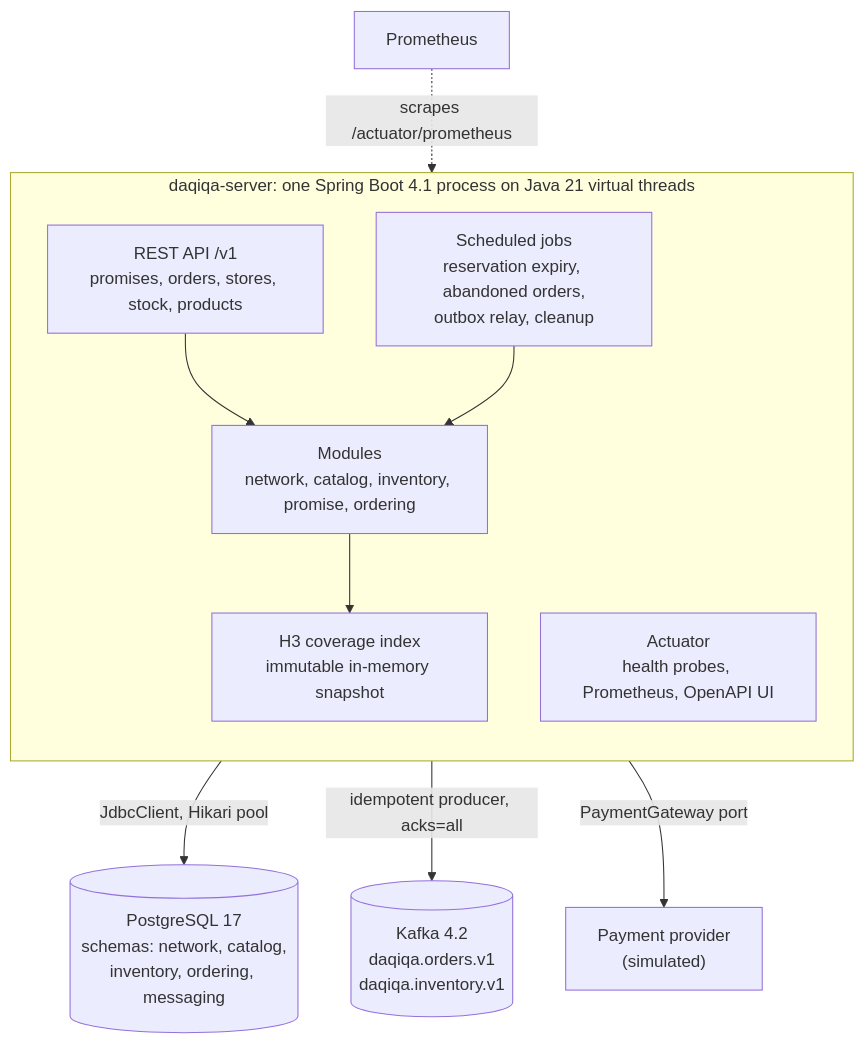
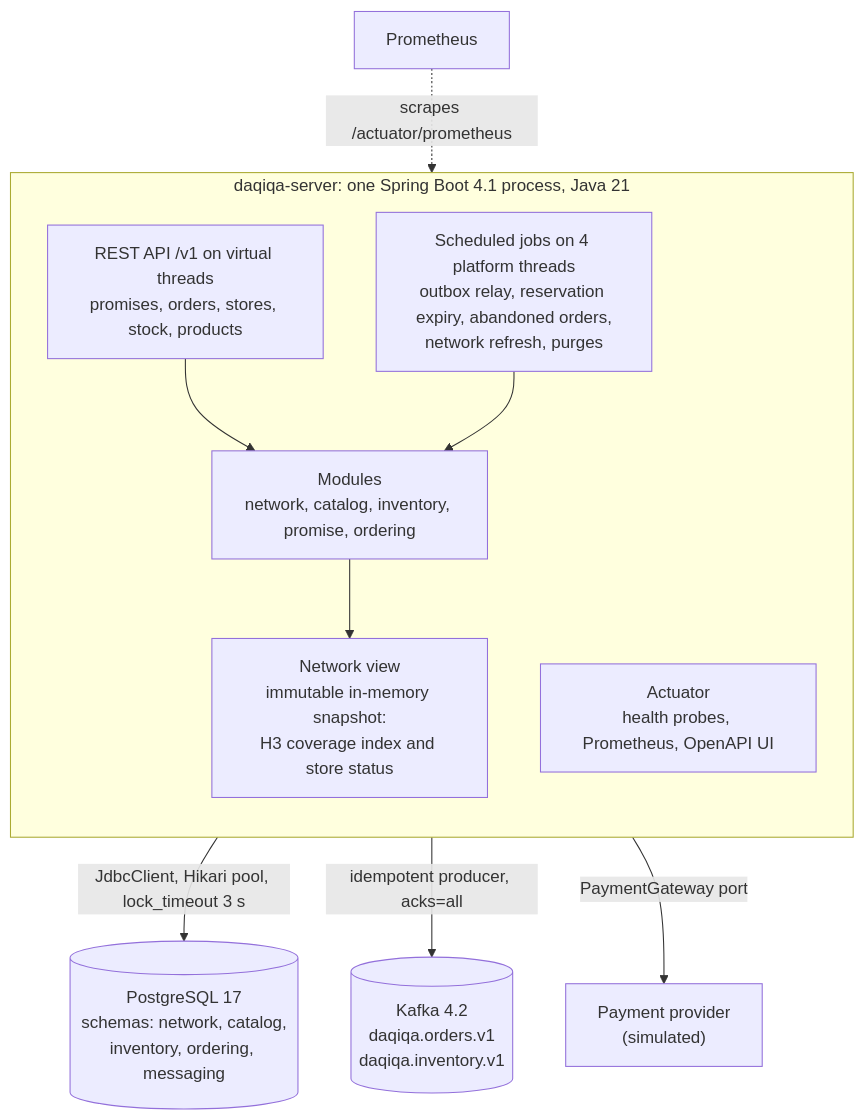
Before and after one commit to asemdreibati/daqiqa: the second of 9 diagrams in docs/architecture/overview.md, drawn with Mermaid. The commit also changed other lines of this file, not shown here.

First line of the commit message:
docs: update the architecture guide to the integrated wave 1

````diff
--- a/docs/architecture/overview.md
+++ b/docs/architecture/overview.md
@@ -69,18 +69,18 @@
 ```mermaid
 flowchart TB
-    subgraph App["daqiqa-server: one Spring Boot 4.1 process on Java 21 virtual threads"]
+    subgraph App["daqiqa-server: one Spring Boot 4.1 process, Java 21"]
         direction TB
-        Web["REST API /v1<br/>promises, orders, stores, stock, products"]
+        Web["REST API /v1 on virtual threads<br/>promises, orders, stores, stock, products"]
         Modules["Modules<br/>network, catalog, inventory, promise, ordering"]
-        Index["H3 coverage index<br/>immutable in-memory snapshot"]
-        Jobs["Scheduled jobs<br/>reservation expiry, abandoned orders,<br/>outbox relay, cleanup"]
+        Index["Network view<br/>immutable in-memory snapshot:<br/>H3 coverage index and store status"]
+        Jobs["Scheduled jobs on 4 platform threads<br/>outbox relay, reservation expiry, abandoned orders,<br/>network refresh, purges"]
         Actuator["Actuator<br/>health probes, Prometheus, OpenAPI UI"]
         Web --> Modules
         Jobs --> Modules
         Modules --> Index
     end
-    Modules -->|"JdbcClient, Hikari pool"| PG[("PostgreSQL 17<br/>schemas: network, catalog,<br/>inventory, ordering, messaging")]
+    Modules -->|"JdbcClient, Hikari pool, lock_timeout 3 s"| PG[("PostgreSQL 17<br/>schemas: network, catalog,<br/>inventory, ordering, messaging")]
     Jobs -->|"idempotent producer, acks=all"| Kafka[("Kafka 4.2<br/>daqiqa.orders.v1<br/>daqiqa.inventory.v1")]
     Modules -->|"PaymentGateway port"| Pay["Payment provider<br/>(simulated)"]
     Prom["Prometheus"] -.->|"scrapes /actuator/prometheus"| Actuator
 ```
````
